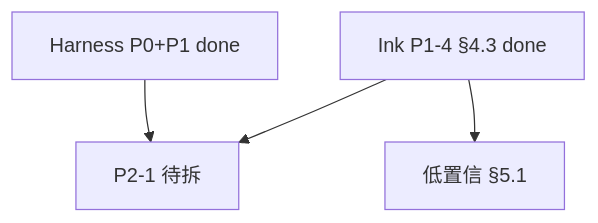
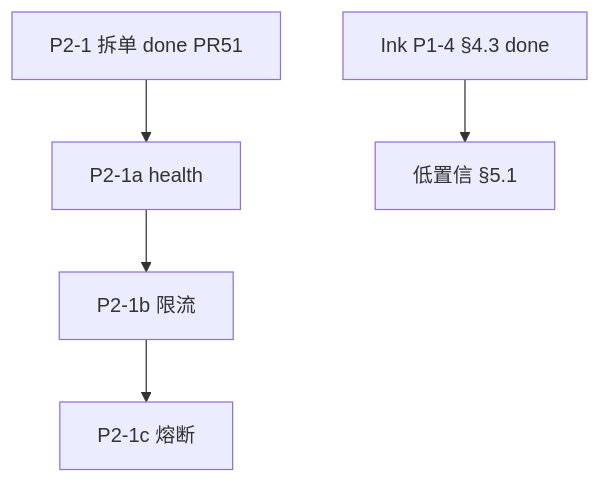
Before and after one commit to Cyning12/ai-ink-brain-api-python: the second of 2 diagrams in docs/tasks/RECENT_TASK_SCHEDULE.md, drawn with Mermaid. The commit also changed other lines of this file and 7 other files, not shown here.

````diff
--- a/docs/tasks/RECENT_TASK_SCHEDULE.md
+++ b/docs/tasks/RECENT_TASK_SCHEDULE.md
@@ -174,6 +183,7 @@
 ```mermaid
 flowchart TD
-  HAR[Harness P0+P1 done] --> P21[P2-1 待拆]
+  P21D[P2-1 拆单 done PR51] --> P21A[P2-1a health]
+  P21A --> P21B[P2-1b 限流]
+  P21B --> P21C[P2-1c 熔断]
   P1FE[Ink P1-4 §4.3 done] --> LC[低置信 §5.1]
-  P1FE --> P21
 ```
````
